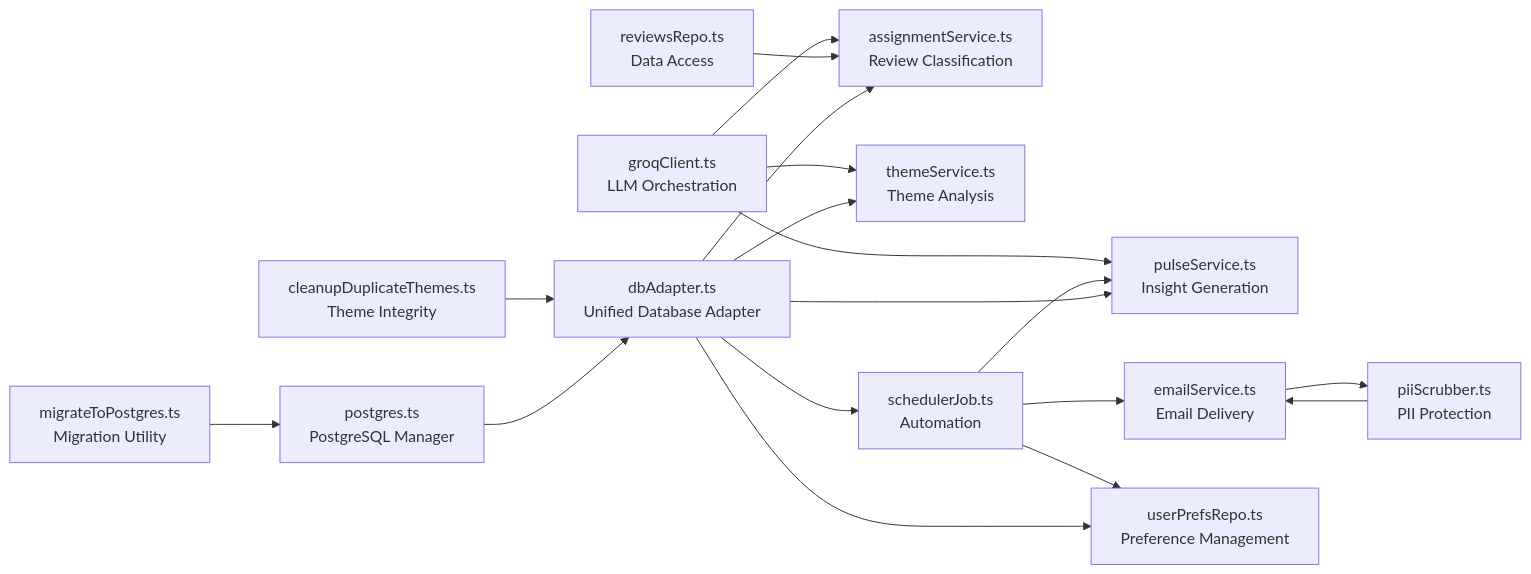
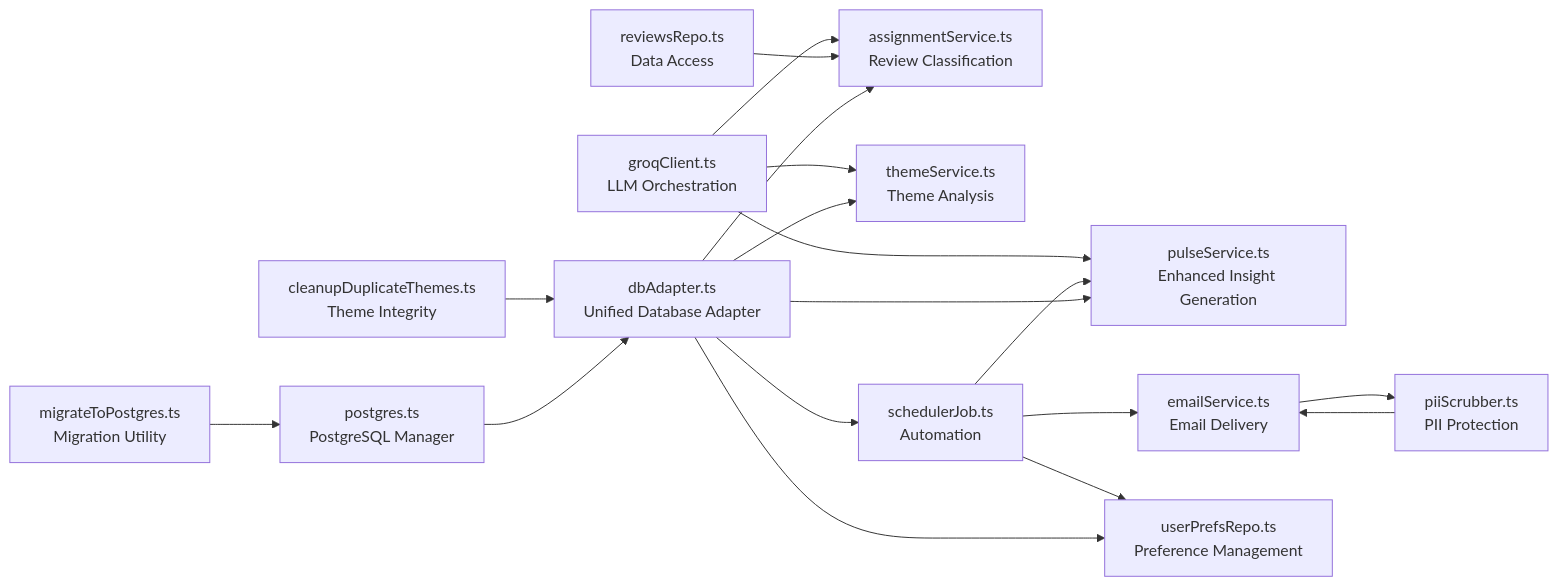
One commit to aravinthraj-ramalingam/Groww-App-Review-Insights-Analyzer- changed diagram 13 of 13 in .qoder/repowiki/en/content/Phase 2_ Advanced Analytics & Automation/Weekly Pulse Generation.md. Above: the diagram before and after it, drawn with Mermaid. The commit also changed other lines of this file and 4 other files, not shown here.

````diff
--- a/.qoder/repowiki/en/content/Phase 2_ Advanced Analytics & Automation/Weekly Pulse Generation.md
+++ b/.qoder/repowiki/en/content/Phase 2_ Advanced Analytics & Automation/Weekly Pulse Generation.md
@@ -563,20 +563,20 @@
 ```mermaid
 graph LR
-G["groqClient.ts<br/>LLM Orchestration"] --> P["pulseService.ts<br/>Insight Generation"]
+G["groqClient.ts<br/>LLM Orchestration"] --> P["pulseService.ts<br/>Enhanced Insight Generation"]
 G --> A["assignmentService.ts<br/>Review Classification"]
 G --> T["themeService.ts<br/>Theme Analysis"]
 E["emailService.ts<br/>Email Delivery"] --> S["piiScrubber.ts<br/>PII Protection"]
 S --> E
 J["schedulerJob.ts<br/>Automation"] --> P
 J --> E
 J --> U["userPrefsRepo.ts<br/>Preference Management"]
 R["reviewsRepo.ts<br/>Data Access"] --> A
 DA["dbAdapter.ts<br/>Unified Database Adapter"] --> T
 DA --> A
 DA --> P
 DA --> U
 DA --> J
 C["cleanupDuplicateThemes.ts<br/>Theme Integrity"] --> DA
 PG["postgres.ts<br/>PostgreSQL Manager"] --> DA
 M["migrateToPostgres.ts<br/>Migration Utility"] --> PG
 ```
````
